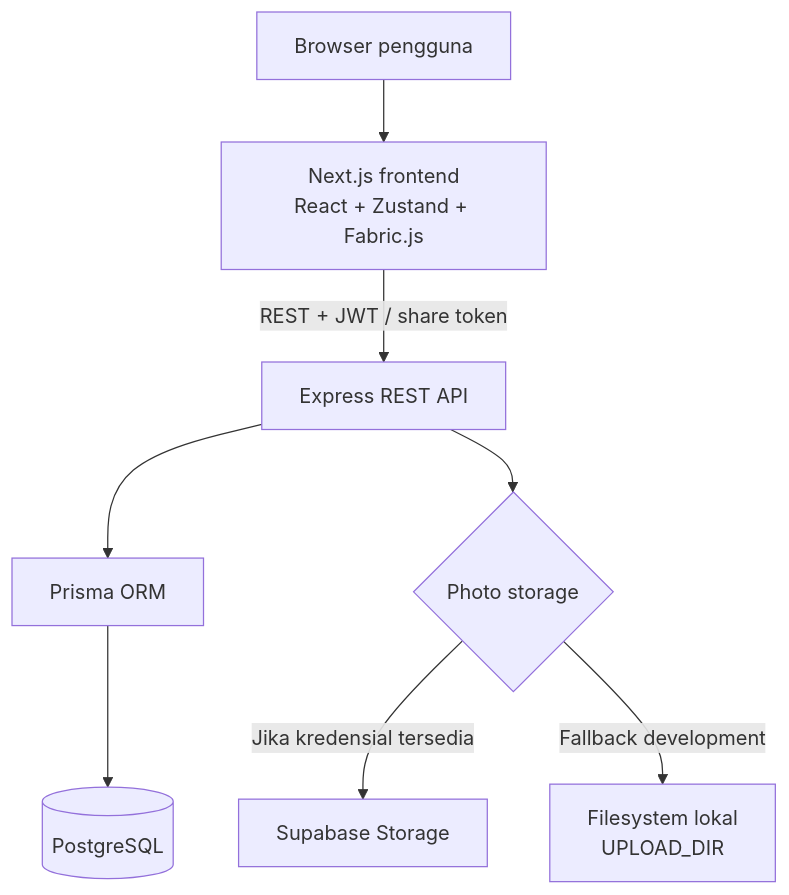
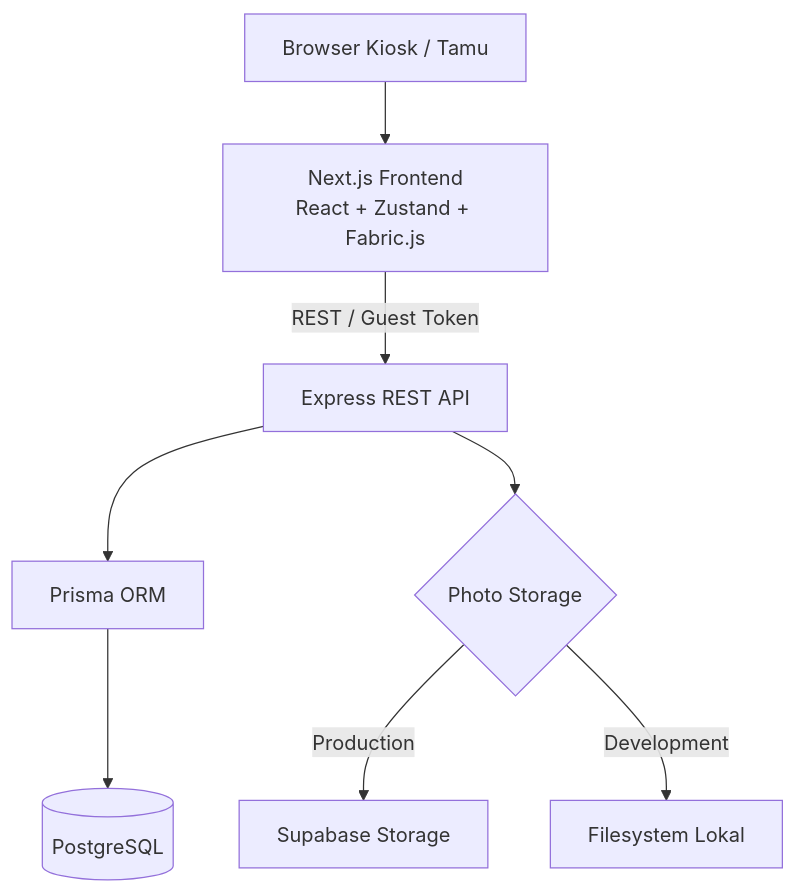
Before and after one commit to tegokkk/PHOTOBOOTH1: the second of 2 diagrams in README.md, drawn with Mermaid. The commit also changed other lines of this file, not shown here.

Commit message:
Docs: Update README to reflect stateless kiosk and neo-brutalism theme

````diff
--- a/README.md
+++ b/README.md
@@ -79,19 +59,19 @@
 ```mermaid
 flowchart TB
-    U[Browser pengguna]
-    F[Next.js frontend\nReact + Zustand + Fabric.js]
+    U[Browser Kiosk / Tamu]
+    F[Next.js Frontend\nReact + Zustand + Fabric.js]
     A[Express REST API]
     P[Prisma ORM]
     D[(PostgreSQL)]
-    S{Photo storage}
+    S{Photo Storage}
     SB[Supabase Storage]
-    FS[Filesystem lokal\nUPLOAD_DIR]
+    FS[Filesystem Lokal]
 
     U --> F
-    F -->|REST + JWT / share token| A
+    F -->|REST / Guest Token| A
     A --> P
     P --> D
     A --> S
-    S -->|Jika kredensial tersedia| SB
-    S -->|Fallback development| FS
+    S -->|Production| SB
+    S -->|Development| FS
 ```
````
